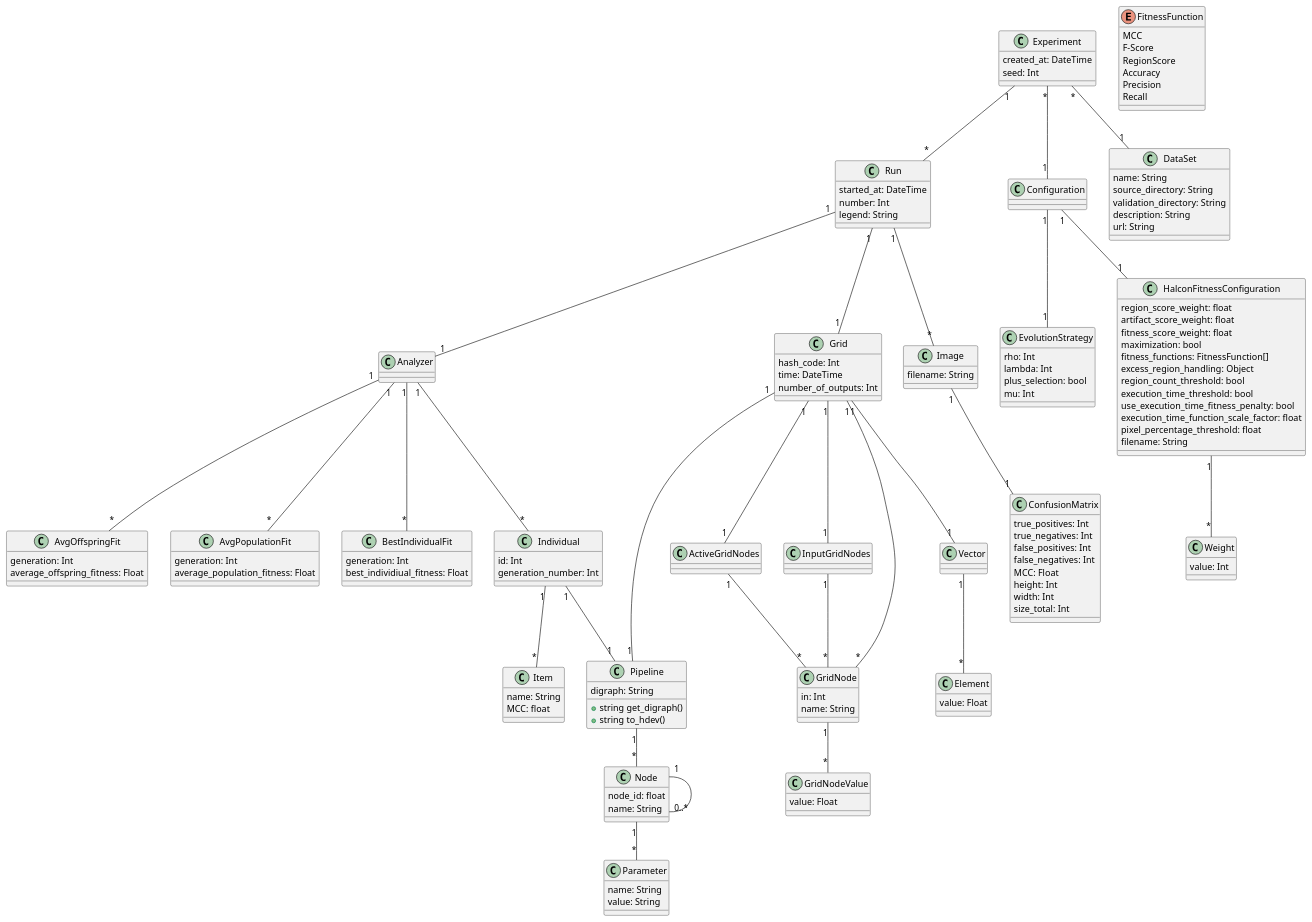
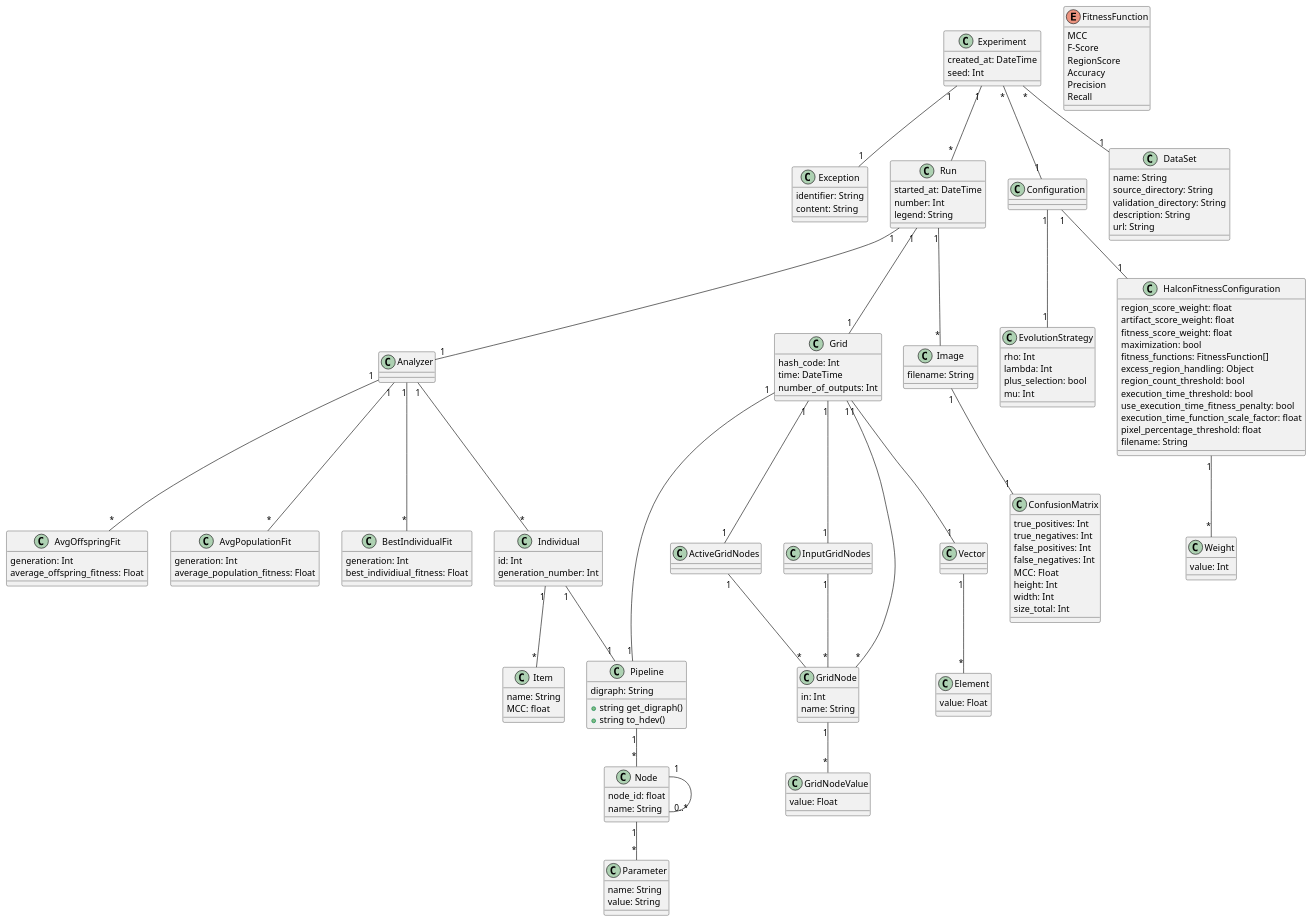
The diagram in diagrams/DataModel.md (anmarchio/experiments), drawn with PlantUML before and after one commit.

```diff
--- a/diagrams/DataModel.md
+++ b/diagrams/DataModel.md
@@ -6,6 +6,11 @@
 class Experiment {
   created_at: DateTime
   seed: Int
+}
+
+class Exception {
+  identifier: String
+  content: String
 }
 
 class Run {
@@ -144,6 +149,7 @@
 Experiment "1" -- "*" Run
 Experiment "*" -- "1" DataSet
 Experiment "*" -- "1" Configuration
+Experiment "1" -- "1" Exception
 
 Run "1" -- "1" Analyzer
 
```
